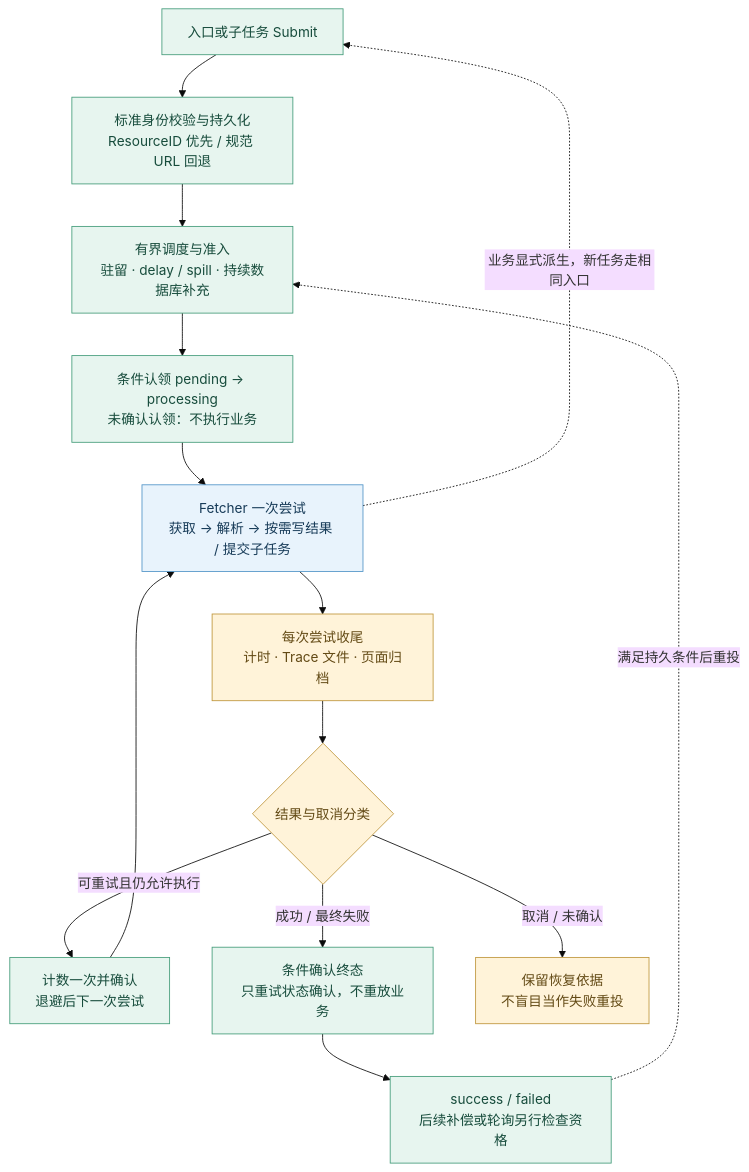
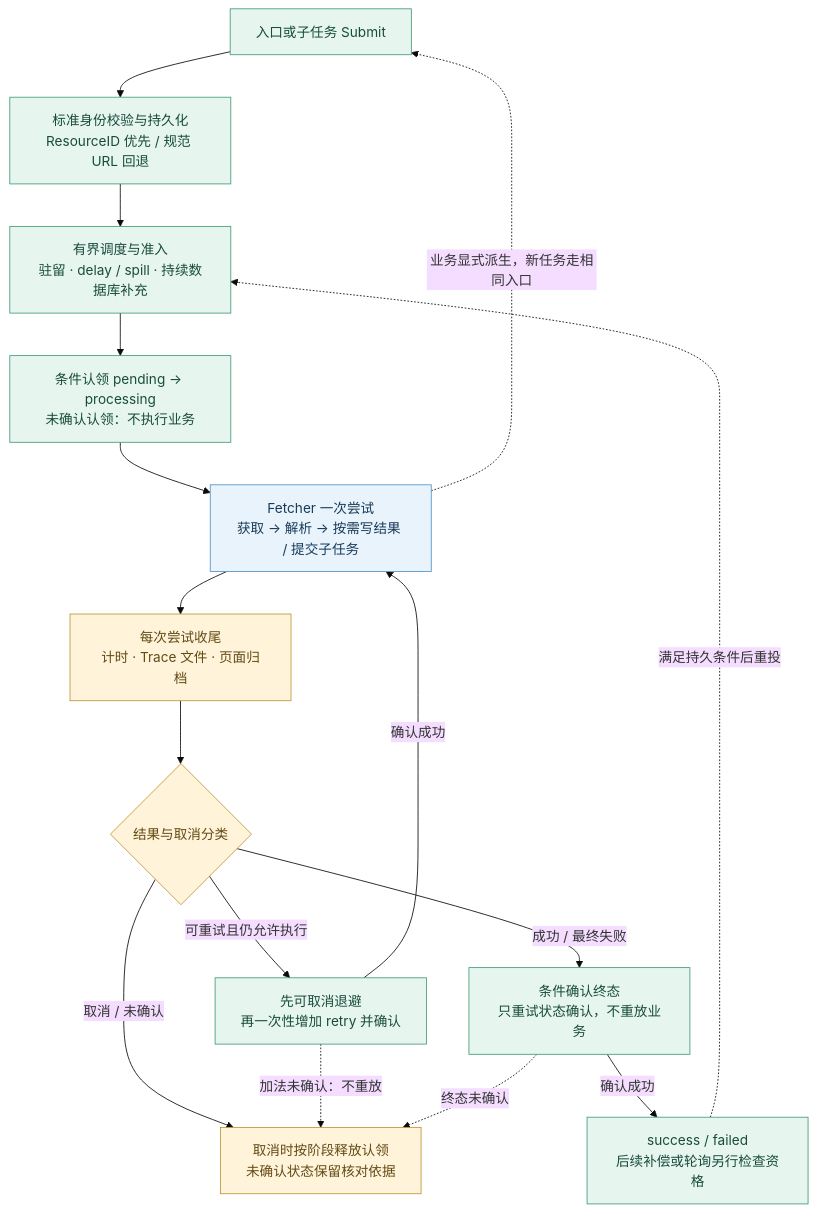
The diagram in docs/assets/diagrams/03-task-loop.mmd (ydtg1993/papa), drawn with Mermaid (base theme) before and after one commit. The commit also changed 16 other files, not shown here.

```diff
--- a/docs/assets/diagrams/03-task-loop.mmd
+++ b/docs/assets/diagrams/03-task-loop.mmd
@@ -1,19 +1,22 @@
 flowchart TB
     A["入口或子任务 Submit"] --> B["标准身份校验与持久化<br/>ResourceID 优先 / 规范 URL 回退"]
     B --> C["有界调度与准入<br/>驻留 · delay / spill · 持续数据库补充"]
     C --> D["条件认领 pending → processing<br/>未确认认领：不执行业务"]
     D --> E["Fetcher 一次尝试<br/>获取 → 解析 → 按需写结果 / 提交子任务"]
     E --> F["每次尝试收尾<br/>计时 · Trace 文件 · 页面归档"]
     F --> H{"结果与取消分类"}
-    H -->|可重试且仍允许执行| I["计数一次并确认<br/>退避后下一次尝试"] --> E
+    H -->|可重试且仍允许执行| I["先可取消退避<br/>再一次性增加 retry 并确认"]
+    I -->|确认成功| E
     H -->|成功 / 最终失败| J["条件确认终态<br/>只重试状态确认，不重放业务"]
-    H -->|取消 / 未确认| K["保留恢复依据<br/>不盲目当作失败重投"]
+    H -->|取消 / 未确认| K["取消时按阶段释放认领<br/>未确认状态保留核对依据"]
+    I -.->|加法未确认：不重放| K
+    J -.->|终态未确认| K
     E -.->|业务显式派生，新任务走相同入口| A
-    J --> L["success / failed<br/>后续补偿或轮询另行检查资格"]
+    J -->|确认成功| L["success / failed<br/>后续补偿或轮询另行检查资格"]
     L -.->|满足持久条件后重投| C
     classDef runtime fill:#e7f5ef,color:#174c3c,stroke:#449c7a;
     classDef business fill:#e8f3fc,color:#173b58,stroke:#5294c7;
     classDef observe fill:#fff3d9,color:#634a15,stroke:#bf963b;
     class A,B,C,D,I,J,L runtime;
     class E business;
     class F,H,K observe;
```
